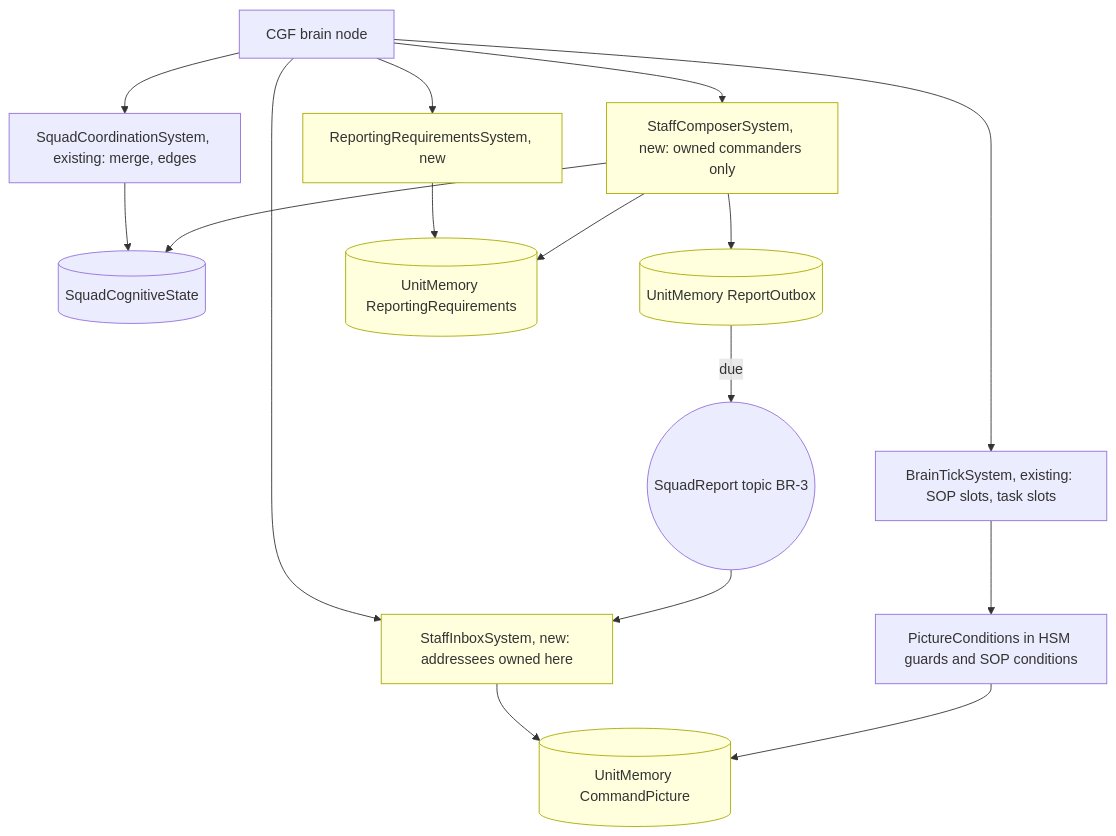
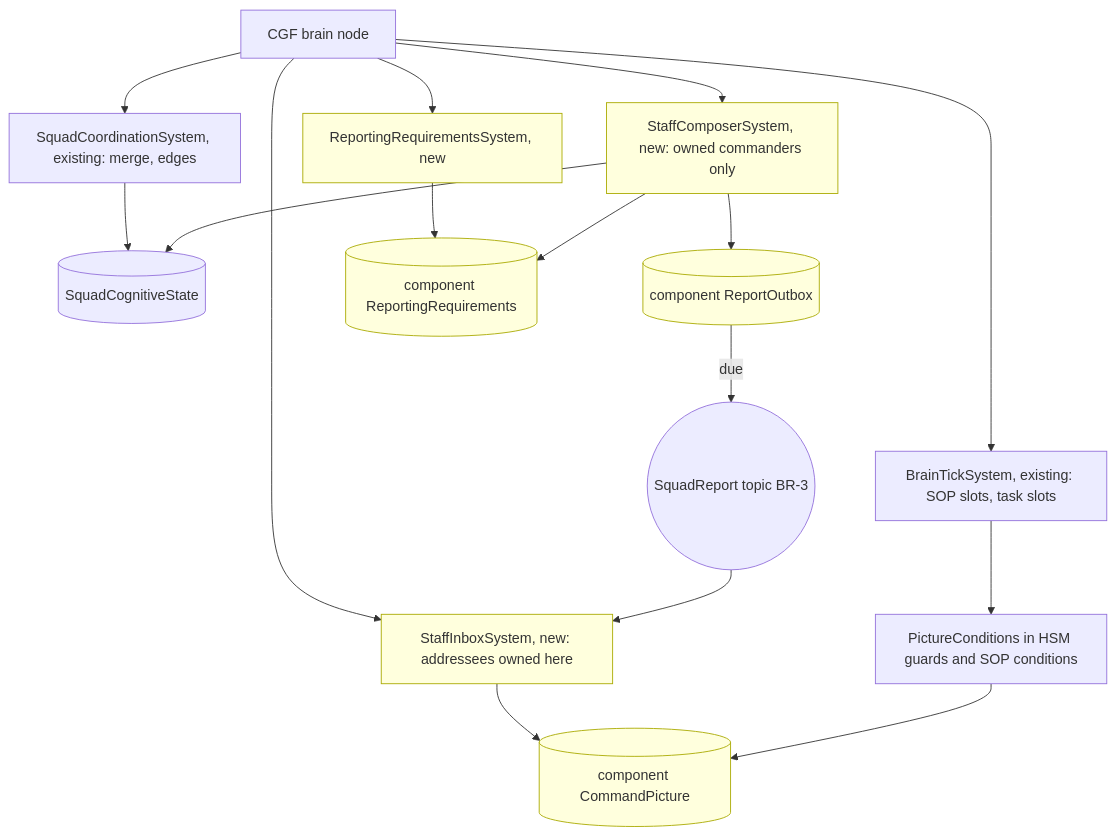
One commit to pjanec/HROT changed the third of 3 diagrams in docs/designs/group-maneuvers/DESIGN_Command_Chain_Example.md. Above: the diagram before and after it, drawn with Mermaid. The commit also changed other lines of this file and 4 other files, not shown here.

````diff
--- a/docs/designs/group-maneuvers/DESIGN_Command_Chain_Example.md
+++ b/docs/designs/group-maneuvers/DESIGN_Command_Chain_Example.md
@@ -130,25 +146,25 @@
 ```mermaid
 graph TD
   CGF[CGF brain node] --> SCS[SquadCoordinationSystem, existing: merge, edges]
   CGF --> RRS[ReportingRequirementsSystem, new]
   CGF --> COMP[StaffComposerSystem, new: owned commanders only]
   CGF --> INB[StaffInboxSystem, new: addressees owned here]
   CGF --> BTS[BrainTickSystem, existing: SOP slots, task slots]
   SCS --> POOL[(SquadCognitiveState)]
   COMP --> POOL
-  COMP --> OUT[(UnitMemory ReportOutbox)]
+  COMP --> OUT[(component ReportOutbox)]
   OUT -->|due| WIRE((SquadReport topic BR-3))
   WIRE --> INB
-  INB --> PIC[(UnitMemory CommandPicture)]
-  RRS --> REQ[(UnitMemory ReportingRequirements)]
+  INB --> PIC[(component CommandPicture)]
+  RRS --> REQ[(component ReportingRequirements)]
   COMP --> REQ
   BTS --> GUARDS[PictureConditions in HSM guards and SOP conditions]
   GUARDS --> PIC
   classDef new fill:#ffd,stroke:#aa0
   RRS:::new
   COMP:::new
   INB:::new
   OUT:::new
   PIC:::new
   REQ:::new
 ```
````
